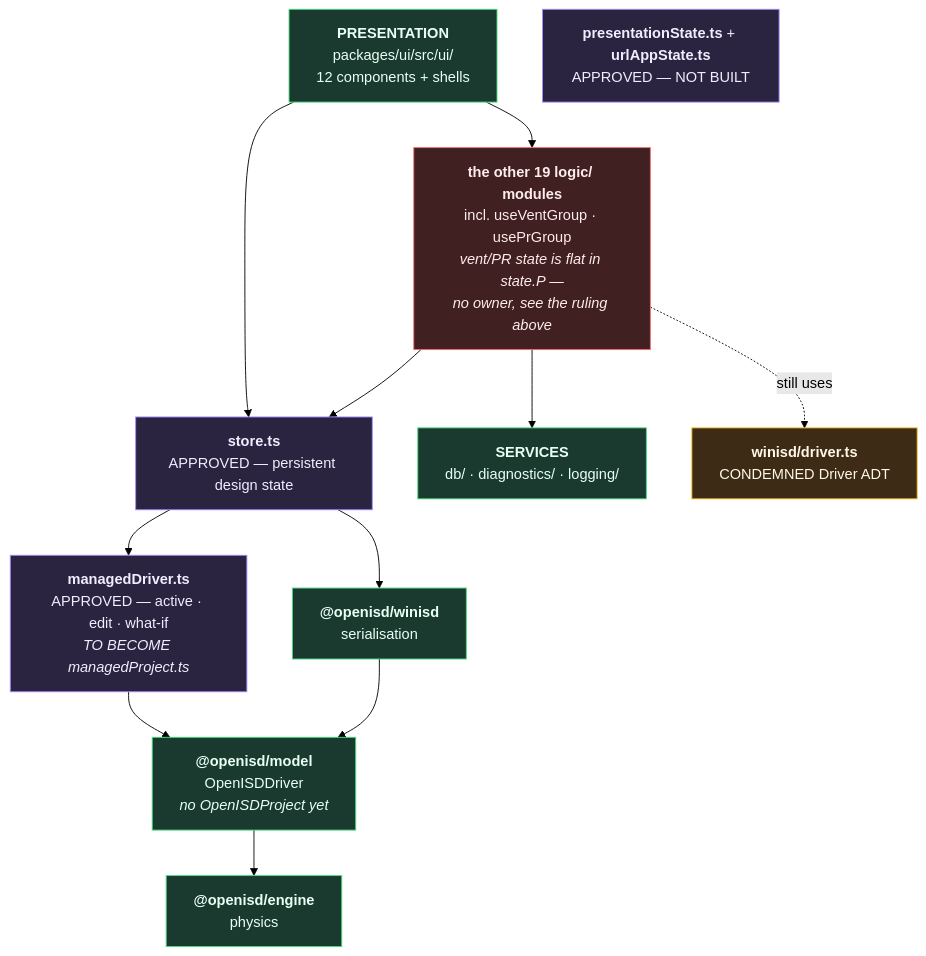
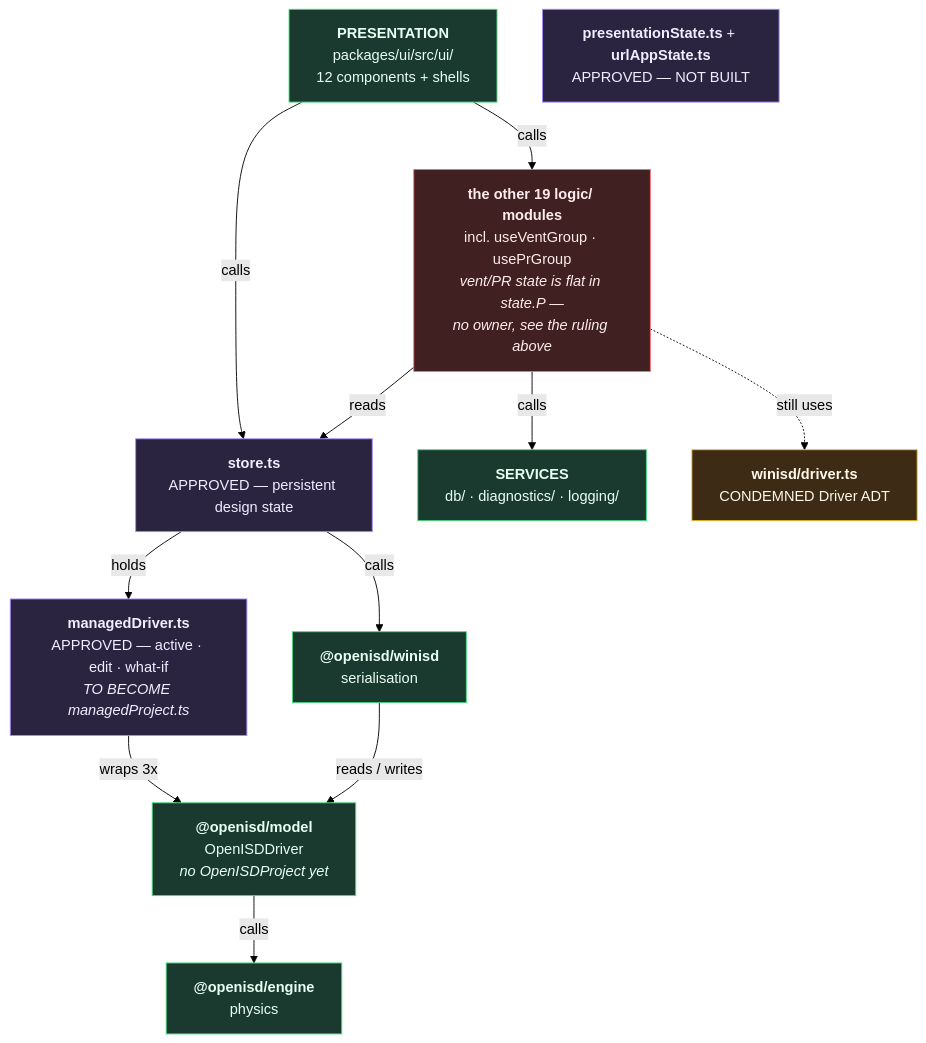
The fourth of 5 diagrams in ARCHITECTURE.md (Johnlon/openisd), drawn with Mermaid (forest theme) before and after one commit. The commit also changed other lines of this file, not shown here.

First line of the commit message:
Label every arrow in all three diagrams

````diff
--- a/ARCHITECTURE.md
+++ b/ARCHITECTURE.md
@@ -339,33 +340,33 @@
 ```mermaid
 graph TD
     UI["<b>PRESENTATION</b><br/>packages/ui/src/ui/<br/>12 components + shells"]
     STORE["<b>store.ts</b><br/>APPROVED — persistent design state"]
     MANAGED["<b>managedDriver.ts</b><br/>APPROVED — active · edit · what-if<br/><i>TO BECOME managedProject.ts</i>"]
     PRES["<b>presentationState.ts</b> + <b>urlAppState.ts</b><br/>APPROVED — NOT BUILT"]
     REST["<b>the other 19 logic/ modules</b><br/>incl. useVentGroup · usePrGroup<br/><i>vent/PR state is flat in state.P —<br/>no owner, see the ruling above</i>"]
     SVC["<b>SERVICES</b><br/>db/ · diagnostics/ · logging/"]
     MODEL["<b>@openisd/model</b><br/>OpenISDDriver<br/><i>no OpenISDProject yet</i>"]
     ENGINE["<b>@openisd/engine</b><br/>physics"]
     WINISD["<b>@openisd/winisd</b><br/>serialisation"]
     OLD["<b>winisd/driver.ts</b><br/>CONDEMNED Driver ADT"]
 
-    UI --> STORE
-    UI --> REST
-    STORE --> MANAGED
-    REST --> STORE
-    REST --> SVC
-    MANAGED --> MODEL
-    MODEL --> ENGINE
-    WINISD --> MODEL
-    STORE --> WINISD
+    UI -->|calls| STORE
+    UI -->|calls| REST
+    STORE -->|holds| MANAGED
+    REST -->|reads| STORE
+    REST -->|calls| SVC
+    MANAGED -->|"wraps 3x"| MODEL
+    MODEL -->|calls| ENGINE
+    WINISD -->|"reads / writes"| MODEL
+    STORE -->|calls| WINISD
     REST -.still uses.-> OLD
 
     classDef ok fill:#1b3a2f,stroke:#4ade80,color:#e8fff4
     classDef approved fill:#2a2440,stroke:#a78bfa,color:#f2ecff
     classDef unplaced fill:#402020,stroke:#f87171,color:#ffecec
     classDef condemned fill:#3d2b16,stroke:#fbbf24,color:#fff8e8
     class UI,SVC,MODEL,ENGINE,WINISD ok
     class STORE,MANAGED,PRES approved
     class REST unplaced
     class OLD condemned
 ```
````
